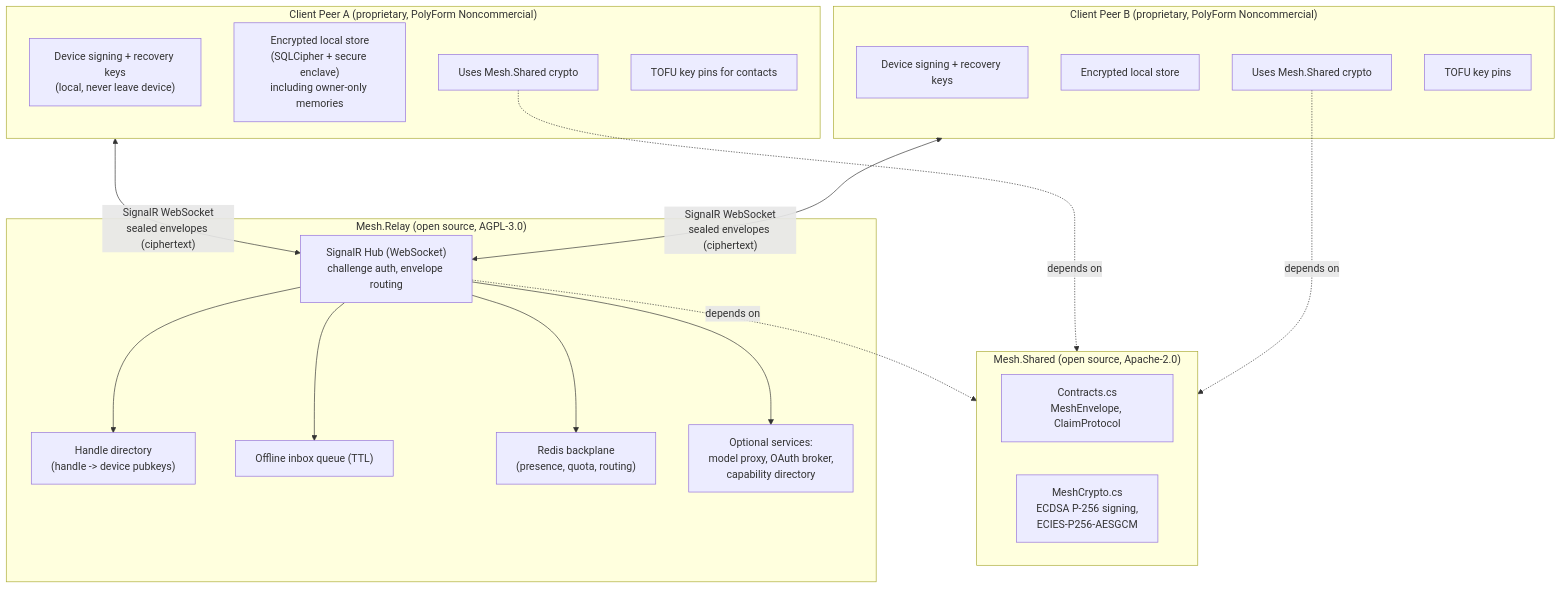
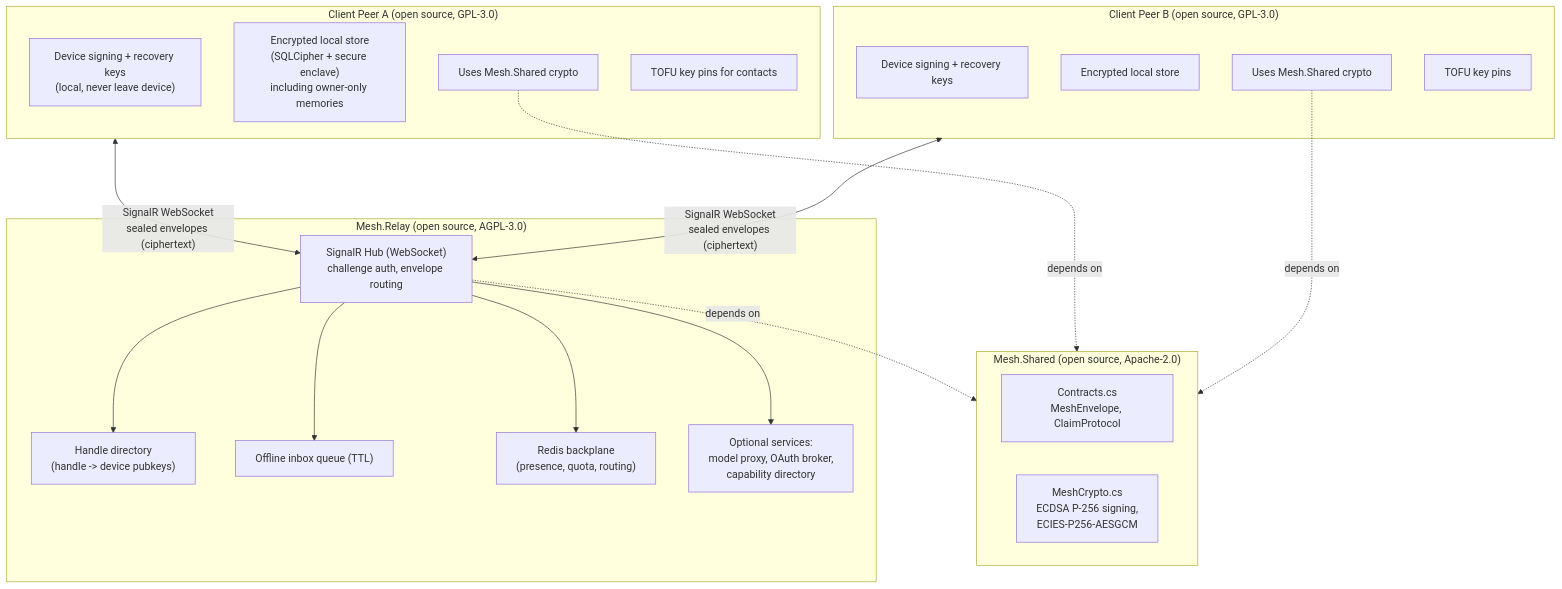
The first of 10 diagrams in docs/ARCHITECTURE-AND-SECURITY.md (ilyafainberg/Mesh), drawn with Mermaid before and after one commit. The commit also changed other lines of this file and 13 other files, not shown here.

````diff
--- a/docs/ARCHITECTURE-AND-SECURITY.md
+++ b/docs/ARCHITECTURE-AND-SECURITY.md
@@ -81,41 +81,41 @@
 ```mermaid
 flowchart TB
-    subgraph ClientA["Client Peer A (proprietary, PolyForm Noncommercial)"]
+    subgraph ClientA["Client Peer A (open source, GPL-3.0)"]
         A_Keys["Device signing + recovery keys<br/>(local, never leave device)"]
         A_Store["Encrypted local store<br/>(SQLCipher + secure enclave)<br/>including owner-only memories"]
         A_Crypto["Uses Mesh.Shared crypto"]
         A_TOFU["TOFU key pins for contacts"]
     end
 
-    subgraph ClientB["Client Peer B (proprietary, PolyForm Noncommercial)"]
+    subgraph ClientB["Client Peer B (open source, GPL-3.0)"]
         B_Keys["Device signing + recovery keys"]
         B_Store["Encrypted local store"]
         B_Crypto["Uses Mesh.Shared crypto"]
         B_TOFU["TOFU key pins"]
     end
 
     subgraph Shared["Mesh.Shared (open source, Apache-2.0)"]
         Contracts["Contracts.cs<br/>MeshEnvelope, ClaimProtocol"]
         Crypto["MeshCrypto.cs<br/>ECDSA P-256 signing,<br/>ECIES-P256-AESGCM"]
     end
 
     subgraph Relay["Mesh.Relay (open source, AGPL-3.0)"]
         Hub["SignalR Hub (WebSocket)<br/>challenge auth, envelope routing"]
         Dir["Handle directory<br/>(handle -> device pubkeys)"]
         Queue["Offline inbox queue (TTL)"]
         Backplane["Redis backplane<br/>(presence, quota, routing)"]
         OptSvc["Optional services:<br/>model proxy, OAuth broker,<br/>capability directory"]
     end
 
     A_Crypto -. depends on .-> Shared
     B_Crypto -. depends on .-> Shared
     Hub -. depends on .-> Shared
 
     ClientA <-->|"SignalR WebSocket<br/>sealed envelopes (ciphertext)"| Hub
     ClientB <-->|"SignalR WebSocket<br/>sealed envelopes (ciphertext)"| Hub
 
     Hub --> Dir
     Hub --> Queue
     Hub --> Backplane
     Hub --> OptSvc
 ```
````
